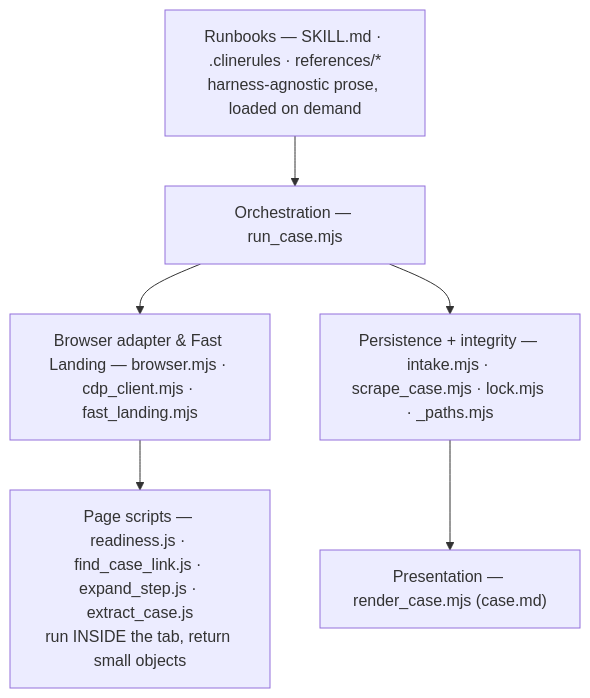
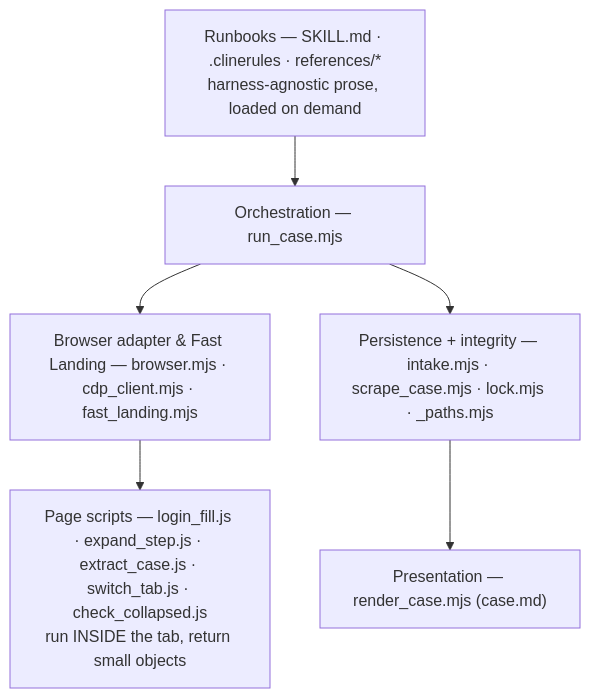
The second of 4 diagrams in docs/DESIGN.md (congtubkbn/qualcomm-case-agent), drawn with Mermaid before and after one commit. The commit also changed other lines of this file and 7 other files, not shown here.

First line of the commit message:
refactor: remove dead code readiness.js and find_case_link.js

````diff
--- a/docs/DESIGN.md
+++ b/docs/DESIGN.md
@@ -98,11 +98,11 @@
 ```mermaid
 graph TD
   A["Runbooks — SKILL.md · .clinerules · references/*<br/>harness-agnostic prose, loaded on demand"]
   B["Orchestration — run_case.mjs"]
   C["Browser adapter & Fast Landing — browser.mjs · cdp_client.mjs · fast_landing.mjs"]
-  D["Page scripts — readiness.js · find_case_link.js · expand_step.js · extract_case.js<br/>run INSIDE the tab, return small objects"]
+  D["Page scripts — login_fill.js · expand_step.js · extract_case.js · switch_tab.js · check_collapsed.js<br/>run INSIDE the tab, return small objects"]
   E["Persistence + integrity — intake.mjs · scrape_case.mjs · lock.mjs · _paths.mjs"]
   F["Presentation — render_case.mjs (case.md)"]
   A --> B --> C --> D
   B --> E --> F
 ```
````
